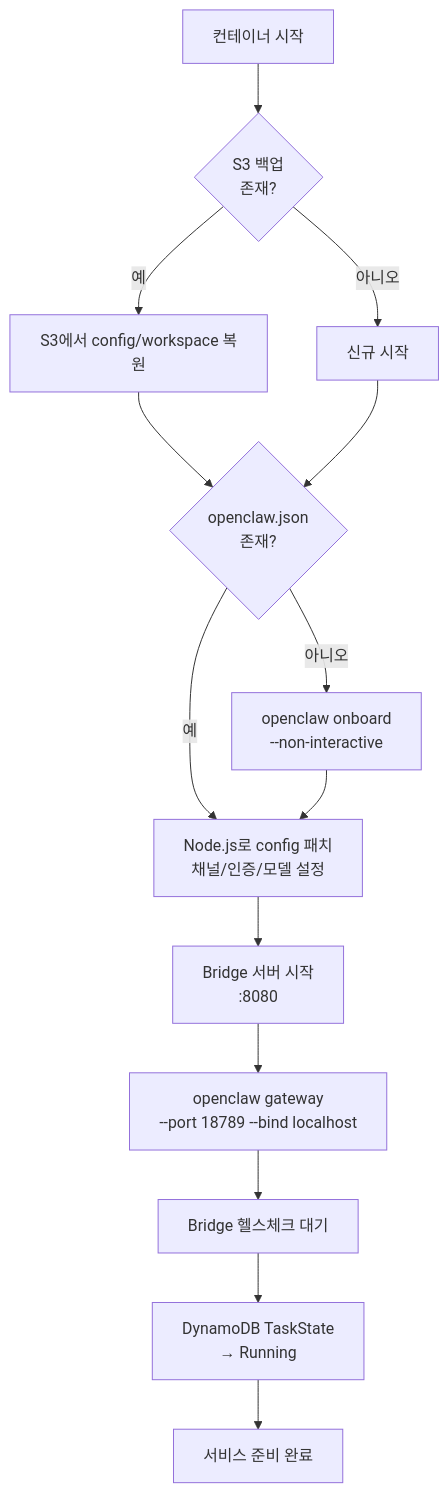
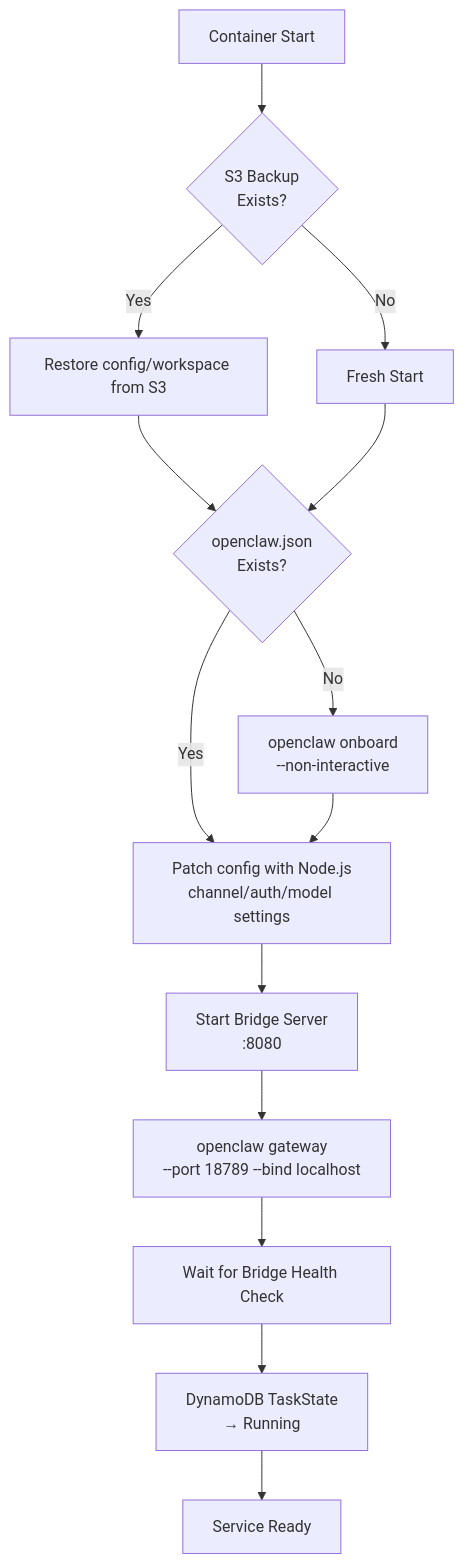
The first of 3 diagrams in docs/implementation-plan.md (geoseong/serverless-openclaw), drawn with Mermaid before and after one commit. The commit also changed other lines of this file and 8 other files, not shown here.

````diff
--- a/docs/implementation-plan.md
+++ b/docs/implementation-plan.md
@@ -109,16 +109,16 @@
 ```mermaid
 graph TD
-    Start[컨테이너 시작] --> RestoreS3{S3 백업\n존재?}
-    RestoreS3 -->|예| Restore[S3에서 config/workspace 복원]
-    RestoreS3 -->|아니오| Fresh[신규 시작]
-    Restore --> CheckConfig{openclaw.json\n존재?}
+    Start[Container Start] --> RestoreS3{S3 Backup\nExists?}
+    RestoreS3 -->|Yes| Restore[Restore config/workspace from S3]
+    RestoreS3 -->|No| Fresh[Fresh Start]
+    Restore --> CheckConfig{openclaw.json\nExists?}
     Fresh --> CheckConfig
-    CheckConfig -->|아니오| Onboard["openclaw onboard\n--non-interactive"]
-    CheckConfig -->|예| Patch
-    Onboard --> Patch[Node.js로 config 패치\n채널/인증/모델 설정]
-    Patch --> StartBridge[Bridge 서버 시작\n:8080]
+    CheckConfig -->|No| Onboard["openclaw onboard\n--non-interactive"]
+    CheckConfig -->|Yes| Patch
+    Onboard --> Patch[Patch config with Node.js\nchannel/auth/model settings]
+    Patch --> StartBridge[Start Bridge Server\n:8080]
     StartBridge --> StartGW["openclaw gateway\n--port 18789 --bind localhost"]
-    StartGW --> Health[Bridge 헬스체크 대기]
+    StartGW --> Health[Wait for Bridge Health Check]
     Health --> UpdateDDB[DynamoDB TaskState\n→ Running]
-    UpdateDDB --> Ready[서비스 준비 완료]
+    UpdateDDB --> Ready[Service Ready]
 ```
````
